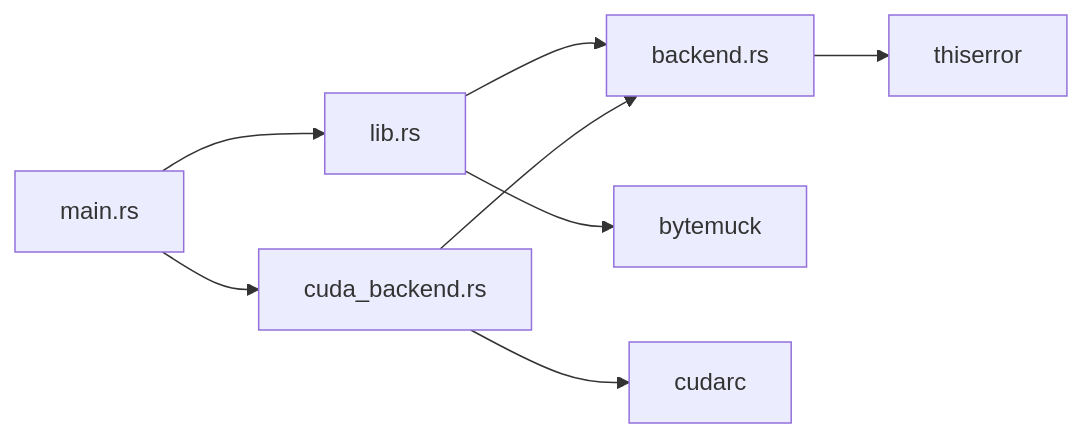
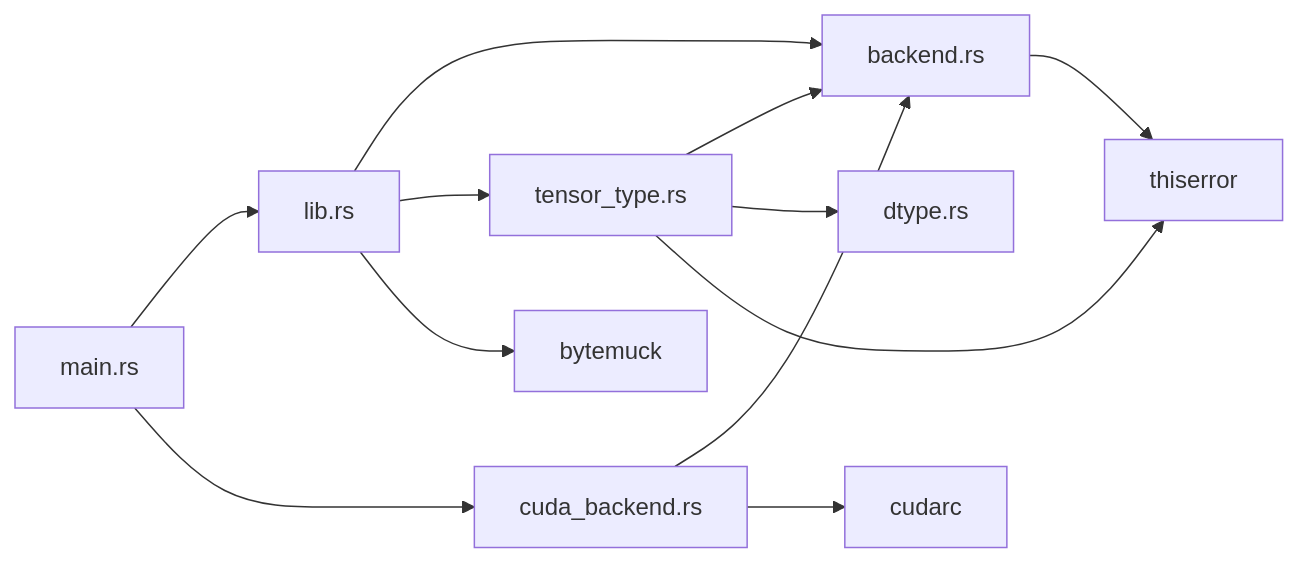
Before and after one commit to vansweej/graphynx: the second of 4 diagrams in docs/architecture.md, drawn with Mermaid. The commit also changed other lines of this file and 6 other files, not shown here.

First line of the commit message:
feat: implement TensorType tensor metadata type system

````diff
--- a/docs/architecture.md
+++ b/docs/architecture.md
@@ -50,10 +57,14 @@
 ```mermaid
 graph LR
     main["main.rs"] --> lib["lib.rs"]
     main --> cuda_backend["cuda_backend.rs"]
     lib --> backend["backend.rs"]
+    lib --> tensor_type["tensor_type.rs"]
+    tensor_type --> backend
+    tensor_type --> dtype["dtype.rs"]
     cuda_backend --> backend
     lib --> bytemuck
     cuda_backend --> cudarc
     backend --> thiserror
+    tensor_type --> thiserror
 ```
````
